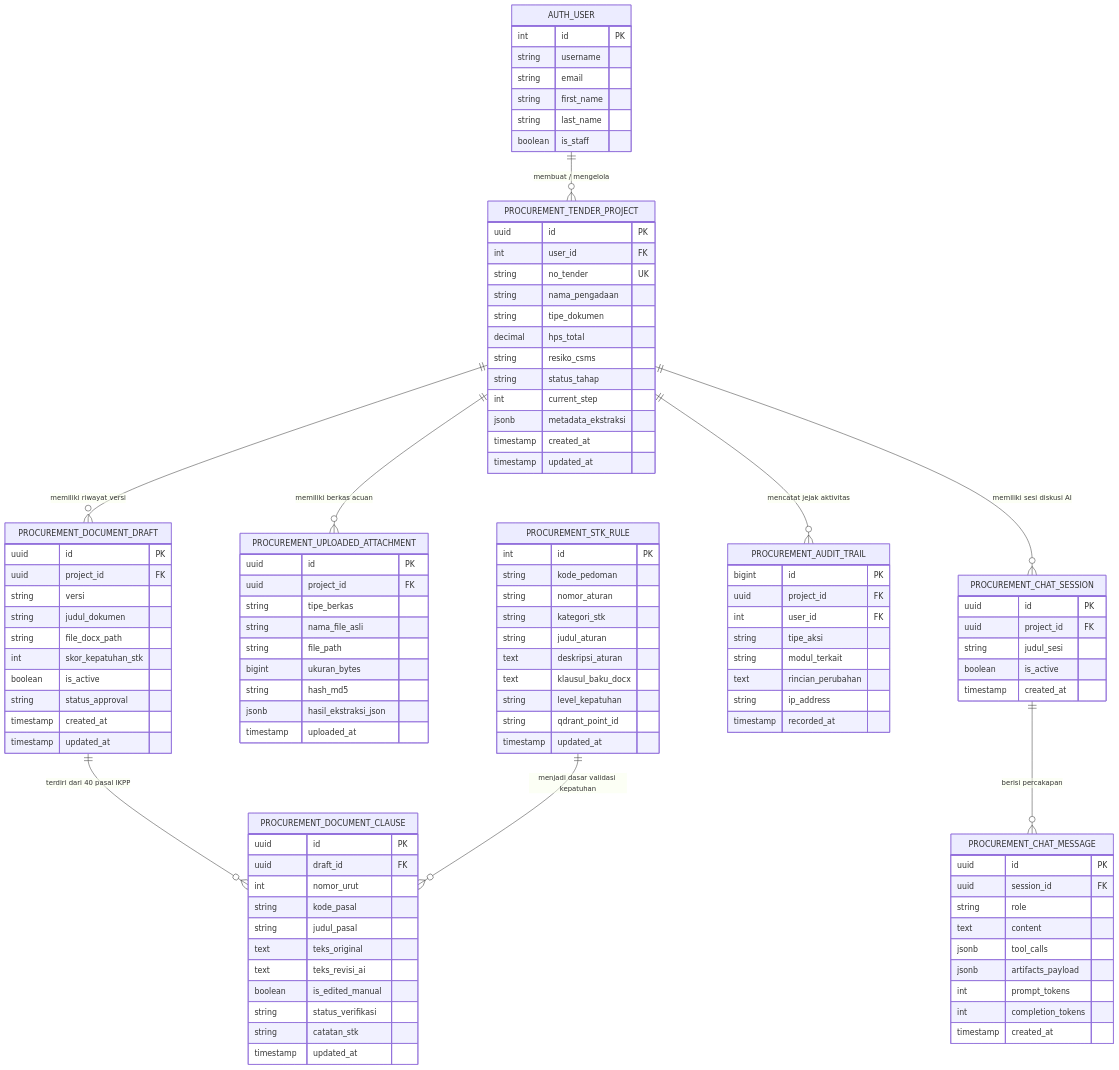
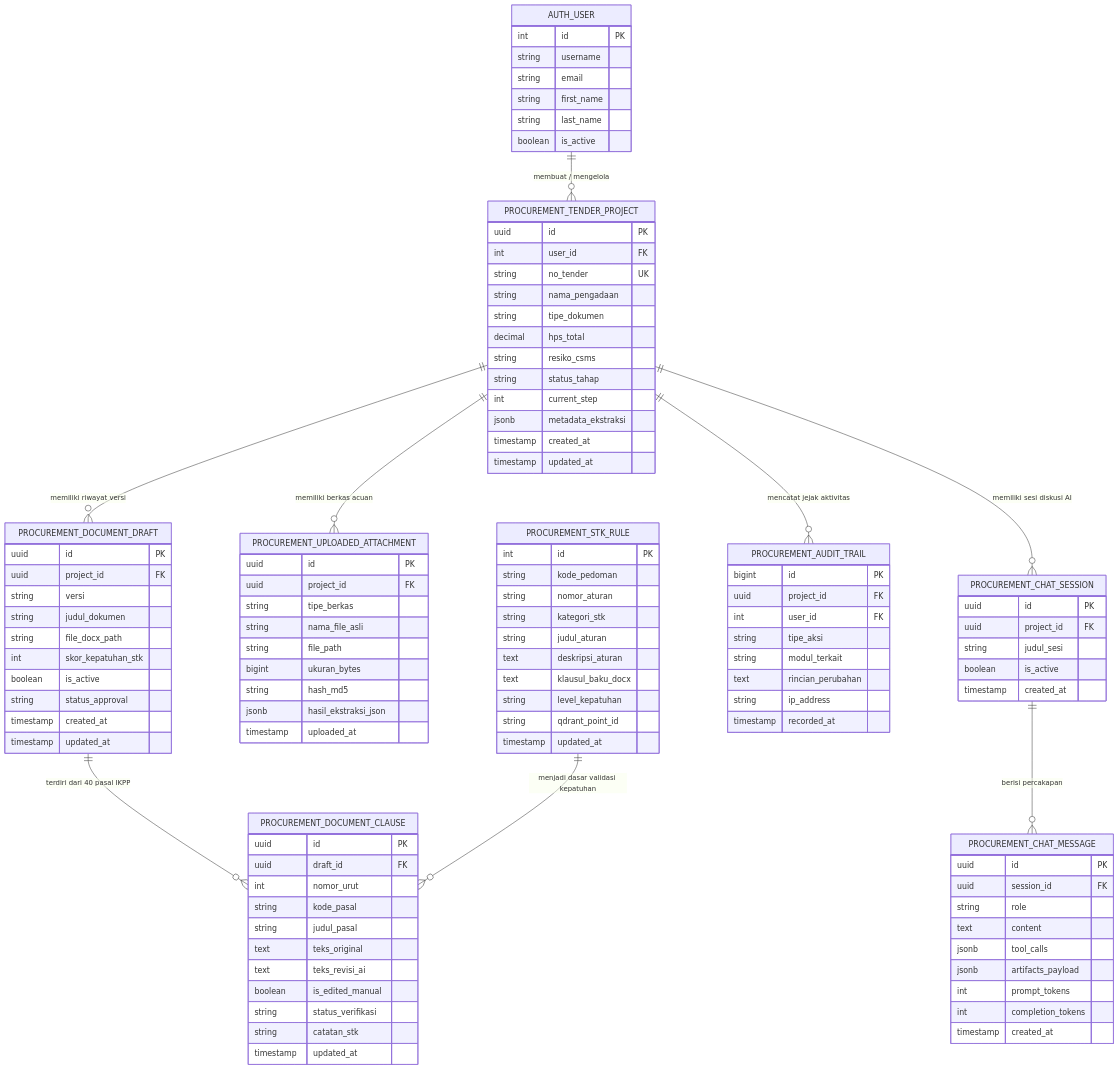
One commit to Flax9/Agenticv3 changed the second of 3 diagrams in draft_perencanaan_proyek_django.md. Above: the diagram before and after it, drawn with Mermaid. The commit also changed other lines of this file, not shown here.

Commit message:
refactor(plan): revise architecture to Option A (Decoupled Nginx + FastAPI ASGI + SQLAlchemy 2.0)

```diff
--- a/draft_perencanaan_proyek_django.md
+++ b/draft_perencanaan_proyek_django.md
@@ -165,7 +186,7 @@
         string email
         string first_name
         string last_name
-        boolean is_staff
+        boolean is_active
     }
 
     PROCUREMENT_TENDER_PROJECT {
```
